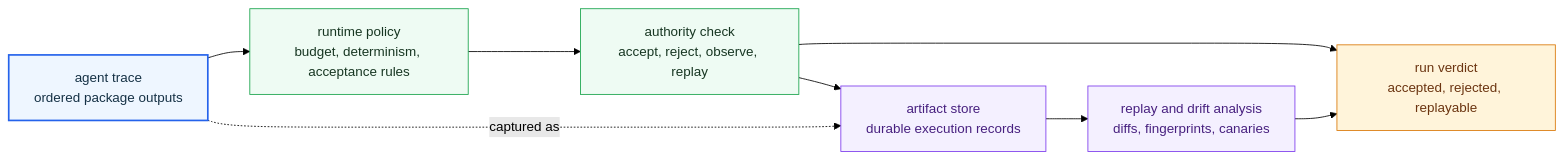
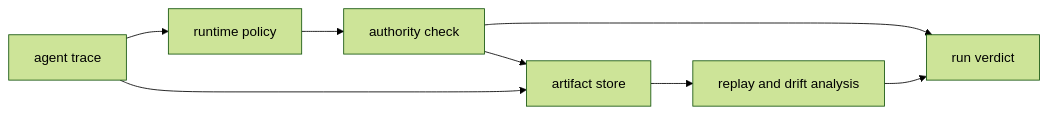
One commit to bijux/bijux-canon changed the diagram in docs/06-bijux-canon-runtime/index.md. Above: the diagram before and after it, drawn with Mermaid (forest theme). The commit also changed other lines of this file, not shown here.

Commit message:
docs(runtime): simplify execution authority map

````diff
--- a/docs/06-bijux-canon-runtime/index.md
+++ b/docs/06-bijux-canon-runtime/index.md
@@ -23,22 +23,13 @@
 ```mermaid
 flowchart LR
-    trace["agent trace<br/>ordered package outputs"]
-    policy["runtime policy<br/>budget, determinism, acceptance rules"]
-    authority["authority check<br/>accept, reject, observe, replay"]
-    store["artifact store<br/>durable execution records"]
-    analysis["replay and drift analysis<br/>diffs, fingerprints, canaries"]
-    verdict["run verdict<br/>accepted, rejected, replayable"]
+    trace["agent trace"]
+    policy["runtime policy"]
+    authority["authority check"]
+    store["artifact store"]
+    analysis["replay and drift analysis"]
+    verdict["run verdict"]
 
     trace --> policy --> authority --> verdict
     authority --> store --> analysis --> verdict
-    trace -. captured as .-> store
-
-    classDef page fill:#eef6ff,stroke:#2563eb,color:#153145,stroke-width:2px;
-    classDef positive fill:#eefbf3,stroke:#16a34a,color:#173622;
-    classDef anchor fill:#f4f0ff,stroke:#7c3aed,color:#47207f;
-    classDef action fill:#fff4da,stroke:#d97706,color:#6b3410;
-    class trace page;
-    class policy,authority positive;
-    class store,analysis anchor;
-    class verdict action;
+    trace --> store
 ```
````
